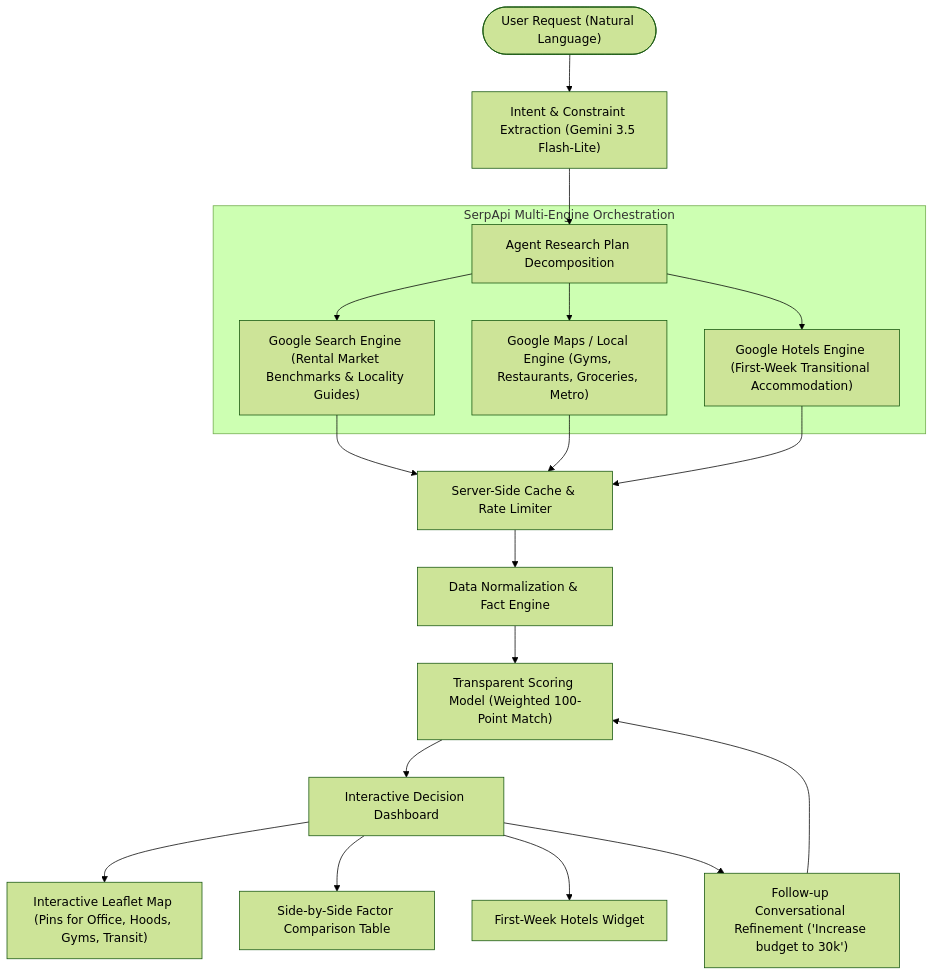
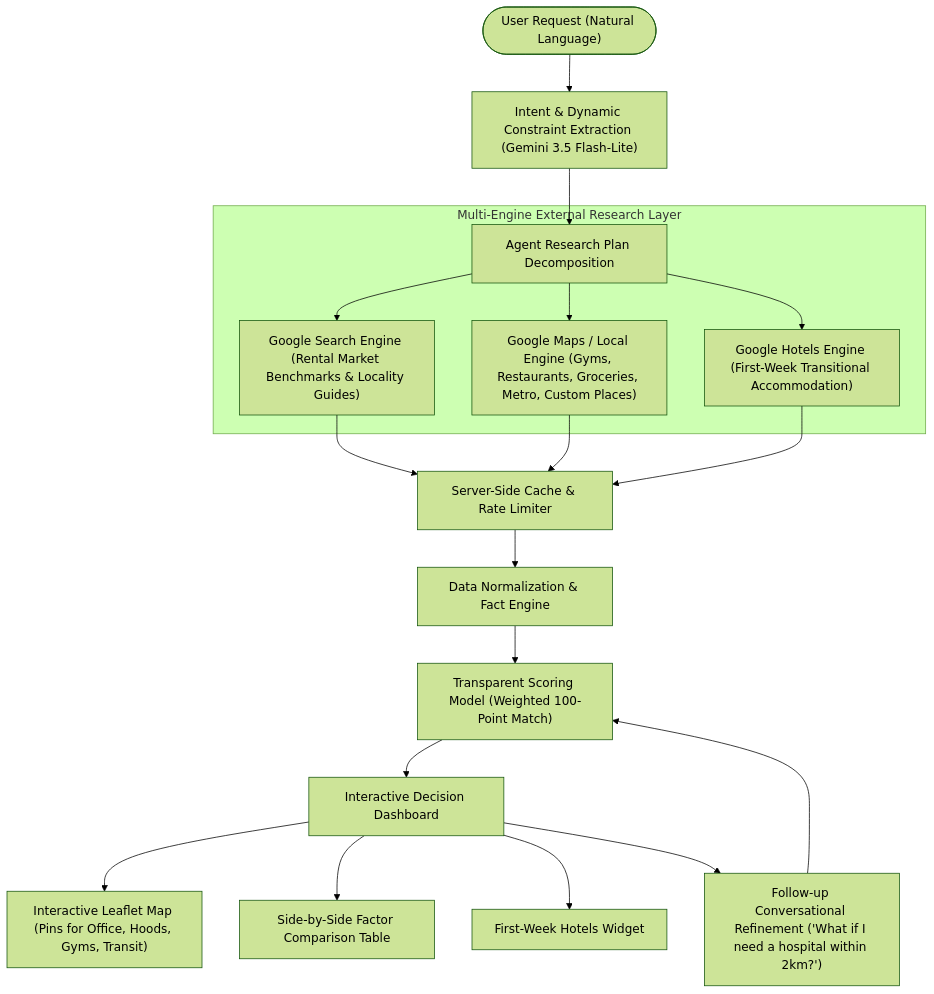
The diagram in README.md (BloodyPrince7/MoveWise), drawn with Mermaid (forest theme) before and after one commit. The commit also changed other lines of this file and 1 other file, not shown here.

````diff
--- a/README.md
+++ b/README.md
@@ -18,22 +17,22 @@
 ```mermaid
 flowchart TD
-    User(["User Request (Natural Language)"]) --> LLM["Intent & Constraint Extraction (Gemini 3.5 Flash-Lite)"]
+    User(["User Request (Natural Language)"]) --> LLM["Intent & Dynamic Constraint Extraction (Gemini 3.5 Flash-Lite)"]
     LLM --> Plan["Agent Research Plan Decomposition"]
     
-    subgraph "SerpApi Multi-Engine Orchestration"
+    subgraph "Multi-Engine External Research Layer"
         Plan --> E1["Google Search Engine (Rental Market Benchmarks & Locality Guides)"]
-        Plan --> E2["Google Maps / Local Engine (Gyms, Restaurants, Groceries, Metro)"]
+        Plan --> E2["Google Maps / Local Engine (Gyms, Restaurants, Groceries, Metro, Custom Places)"]
         Plan --> E3["Google Hotels Engine (First-Week Transitional Accommodation)"]
     end
     
     E1 & E2 & E3 --> Cache["Server-Side Cache & Rate Limiter"]
     Cache --> Norm["Data Normalization & Fact Engine"]
     Norm --> Scoring["Transparent Scoring Model (Weighted 100-Point Match)"]
     
     Scoring --> Results["Interactive Decision Dashboard"]
     Results --> MapView["Interactive Leaflet Map (Pins for Office, Hoods, Gyms, Transit)"]
     Results --> Matrix["Side-by-Side Factor Comparison Table"]
     Results --> Stays["First-Week Hotels Widget"]
-    Results --> RefineChat["Follow-up Conversational Refinement ('Increase budget to 30k')"]
+    Results --> RefineChat["Follow-up Conversational Refinement ('What if I need a hospital within 2km?')"]
     RefineChat --> Scoring
 ```
````
